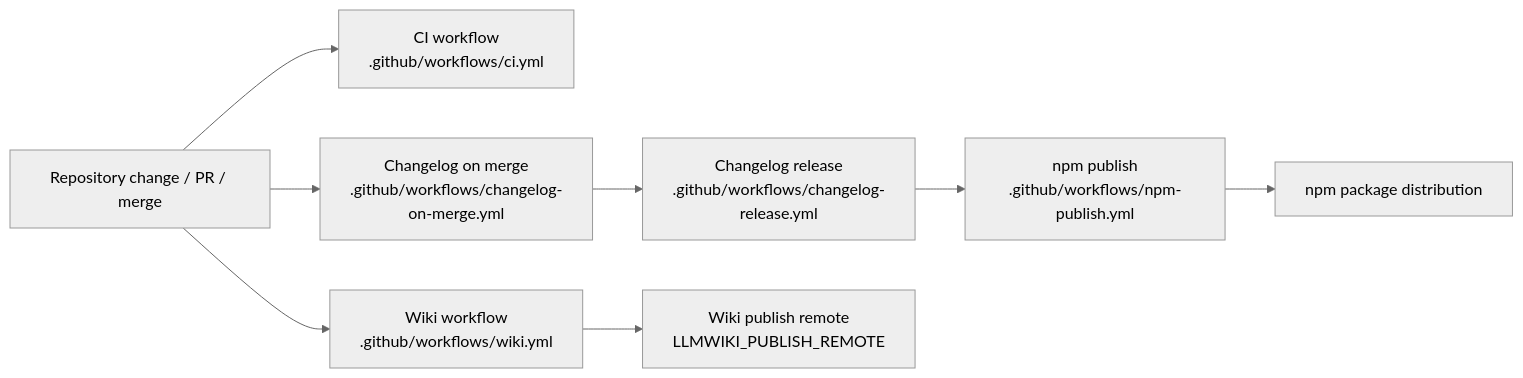
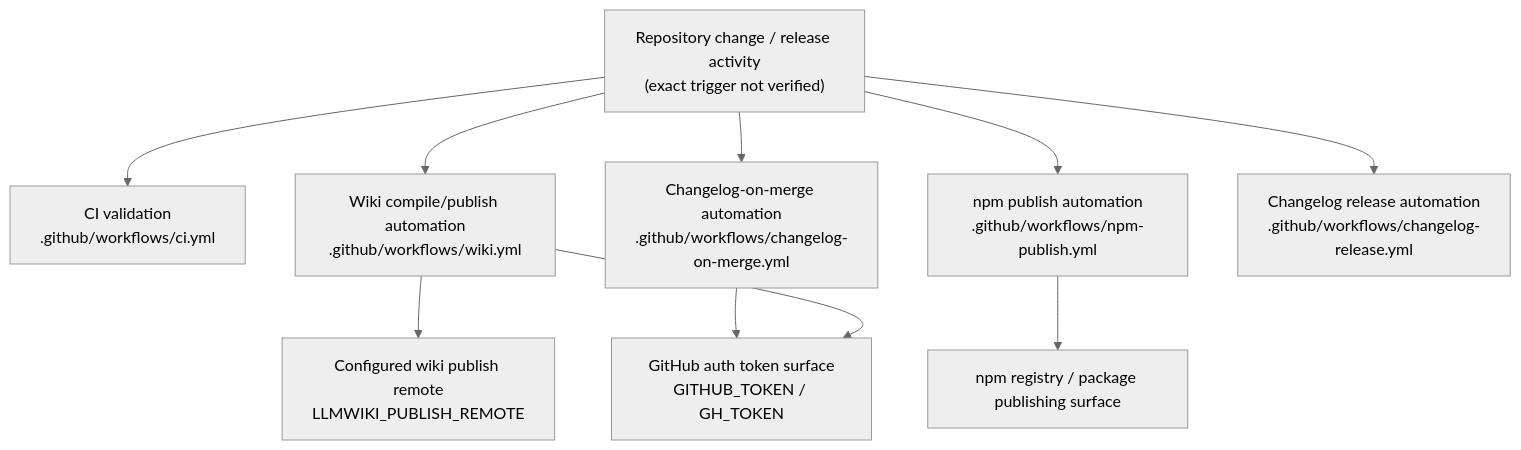
The fourth of 4 diagrams in Architecture.md (mfittko/repo-wiki), drawn with Mermaid (neutral theme) before and after one commit. The commit also changed other lines of this file and 46 other files, not shown here.

Commit message:
Compile repository wiki 2026-06-13T10:37:27.834Z

````diff
--- a/Architecture.md
+++ b/Architecture.md
@@ -239,19 +311,25 @@
 ```mermaid
-flowchart LR
-    Change["Repository change / PR / merge"]
-    CI["CI workflow<br/>.github/workflows/ci.yml"]
-    Wiki["Wiki workflow<br/>.github/workflows/wiki.yml"]
-    ChangelogMerge["Changelog on merge<br/>.github/workflows/changelog-on-merge.yml"]
-    Release["Changelog release<br/>.github/workflows/changelog-release.yml"]
-    Publish["npm publish<br/>.github/workflows/npm-publish.yml"]
-    WikiRemote["Wiki publish remote<br/>LLMWIKI_PUBLISH_REMOTE"]
-    Npm["npm package distribution"]
+flowchart TB
+  RepoChange["Repository change / release activity<br/>(exact trigger not verified)"]
 
-    Change --> CI
-    Change --> Wiki
-    Change --> ChangelogMerge
-    ChangelogMerge --> Release
-    Release --> Publish
-    Wiki --> WikiRemote
-    Publish --> Npm
+  CI["CI validation<br/>.github/workflows/ci.yml"]
+  Wiki["Wiki compile/publish automation<br/>.github/workflows/wiki.yml"]
+  Npm["npm publish automation<br/>.github/workflows/npm-publish.yml"]
+  ChangelogMerge["Changelog-on-merge automation<br/>.github/workflows/changelog-on-merge.yml"]
+  ChangelogRelease["Changelog release automation<br/>.github/workflows/changelog-release.yml"]
+
+  WikiRemote["Configured wiki publish remote<br/>LLMWIKI_PUBLISH_REMOTE"]
+  NpmRegistry["npm registry / package publishing surface"]
+  GitHubAuth["GitHub auth token surface<br/>GITHUB_TOKEN / GH_TOKEN"]
+
+  RepoChange --> CI
+  RepoChange --> Wiki
+  RepoChange --> Npm
+  RepoChange --> ChangelogMerge
+  RepoChange --> ChangelogRelease
+
+  Wiki --> WikiRemote
+  Npm --> NpmRegistry
+  ChangelogMerge --> GitHubAuth
+  Wiki --> GitHubAuth
 ```
````
